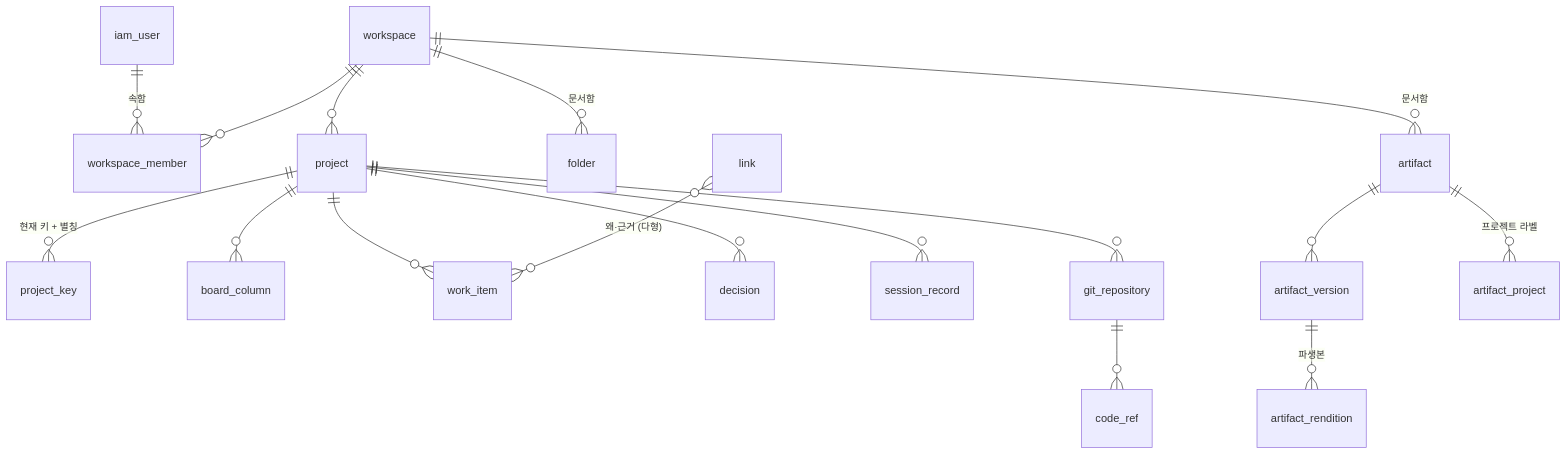
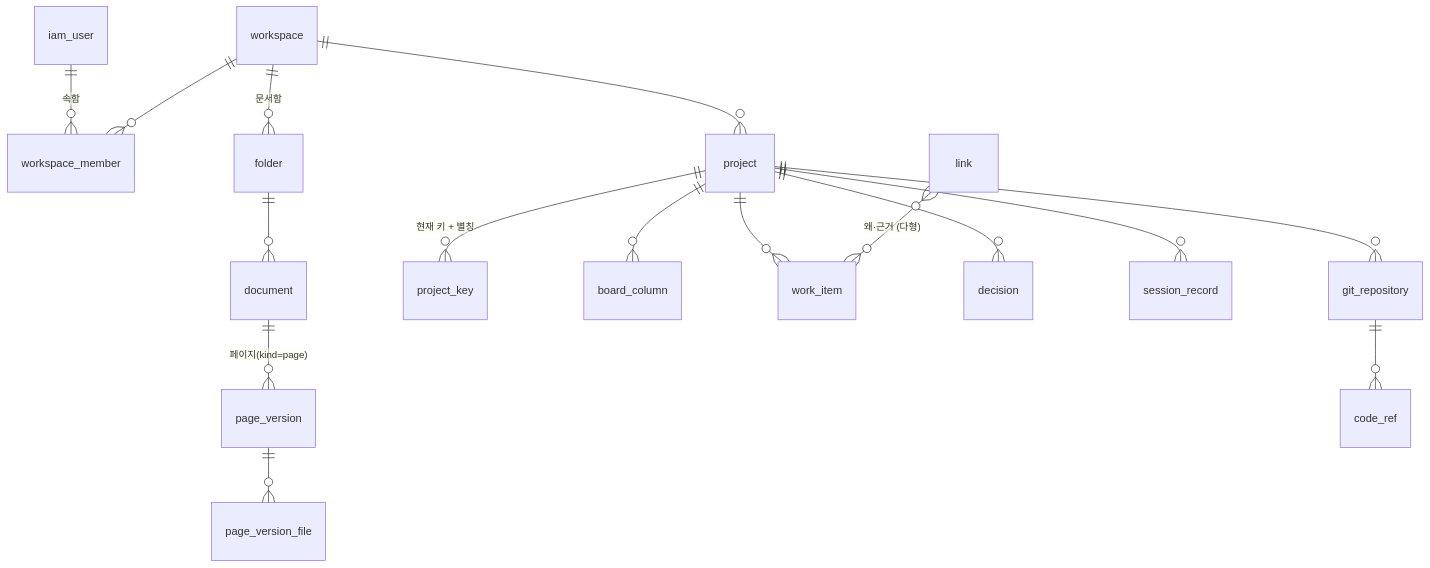
The diagram in docs/06-schema.md (dev-goraebap/better-issue-tracker), drawn with Mermaid before and after one commit. The commit also changed other lines of this file and 2 other files, not shown here.

First line of the commit message:
feat(db): V30 pages schema and artifact slot removal (BIT-140)

````diff
--- a/docs/06-schema.md
+++ b/docs/06-schema.md
@@ -26,19 +26,18 @@
 ```mermaid
 erDiagram
   iam_user ||--o{ workspace_member : "속함"
   workspace ||--o{ workspace_member : ""
   workspace ||--o{ project : ""
   workspace ||--o{ folder : "문서함"
-  workspace ||--o{ artifact : "문서함"
+  folder ||--o{ document : ""
+  document ||--o{ page_version : "페이지(kind=page)"
+  page_version ||--o{ page_version_file : ""
   project ||--o{ project_key : "현재 키 + 별칭"
   project ||--o{ board_column : ""
   project ||--o{ work_item : ""
   project ||--o{ decision : ""
   project ||--o{ session_record : ""
   project ||--o{ git_repository : ""
   git_repository ||--o{ code_ref : ""
-  artifact ||--o{ artifact_version : ""
-  artifact_version ||--o{ artifact_rendition : "파생본"
-  artifact ||--o{ artifact_project : "프로젝트 라벨"
   link }o--o{ work_item : "왜·근거 (다형)"
 ```
````
